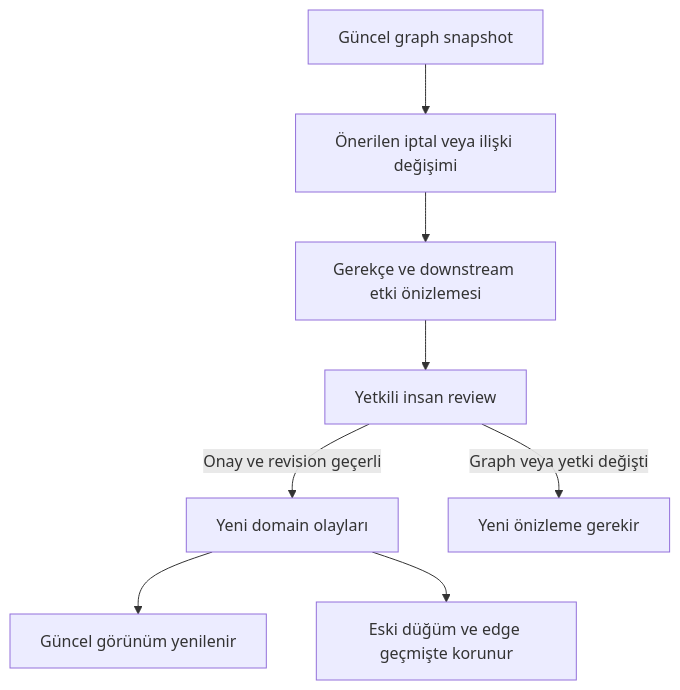
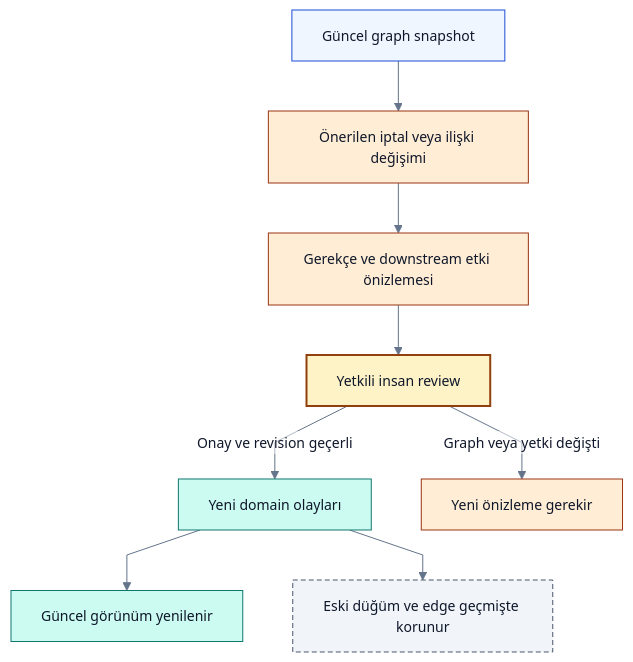
One commit to alphanAkbulut/decivora changed the second of 2 diagrams in docs/product/graph-experience.md. Above: the diagram before and after it, drawn with Mermaid. The commit also changed other lines of this file and 21 other files, not shown here.

Commit message:
Refresh all Mermaid diagrams, clarify decision states and document rendering evidence

````diff
--- a/docs/product/graph-experience.md
+++ b/docs/product/graph-experience.md
@@ -64,10 +76,23 @@
 ```mermaid
+%%{init: {"theme":"base","themeVariables":{"fontFamily":"Arial, sans-serif","fontSize":"14px","primaryColor":"#eff6ff","primaryTextColor":"#0f172a","primaryBorderColor":"#1d4ed8","lineColor":"#64748b","secondaryColor":"#ccfbf1","tertiaryColor":"#f1f5f9","background":"#ffffff","mainBkg":"#eff6ff","textColor":"#0f172a","clusterBkg":"#f8fafc","clusterBorder":"#94a3b8","edgeLabelBackground":"#ffffff","actorBkg":"#eff6ff","actorTextColor":"#0f172a","actorBorder":"#1d4ed8","signalColor":"#64748b","signalTextColor":"#0f172a","noteBkgColor":"#fef3c7","noteTextColor":"#0f172a","noteBorderColor":"#92400e"},"flowchart":{"htmlLabels":false,"curve":"linear"},"sequence":{"wrap":true},"themeCSS":"background-color:#ffffff;"}}%%
 flowchart TB
+    accTitle: İlişki değişimi, onay ve tarihçe
+    accDescr: Önerilen tasarım veya açıkça belirtilen sentetik örnek. Renkler alan ve kontrol türünü gösterir; implemented veya passed kanıtı değildir. Yetki, revision ve coverage sınırları korunur.
     NOW[Güncel graph snapshot] --> PRE[Önerilen iptal veya ilişki değişimi]
     PRE --> IMP[Gerekçe ve downstream etki önizlemesi]
     IMP --> REV[Yetkili insan review]
     REV -->|Onay ve revision geçerli| EV[Yeni domain olayları]
     EV --> CUR[Güncel görünüm yenilenir]
     EV --> HIST[Eski düğüm ve edge geçmişte korunur]
     REV -->|Graph veya yetki değişti| STALE[Yeni önizleme gerekir]
+    classDef source fill:#eff6ff,stroke:#1d4ed8,color:#0f172a
+    classDef warning fill:#ffedd5,stroke:#9a3412,color:#0f172a
+    classDef gate fill:#fef3c7,stroke:#92400e,color:#0f172a,stroke-width:2px
+    classDef store fill:#ccfbf1,stroke:#0f766e,color:#0f172a
+    classDef history fill:#f1f5f9,stroke:#475569,color:#0f172a,stroke-dasharray:5 3
+    class NOW source
+    class PRE,IMP,STALE warning
+    class REV gate
+    class EV,CUR store
+    class HIST history
 ```
````
